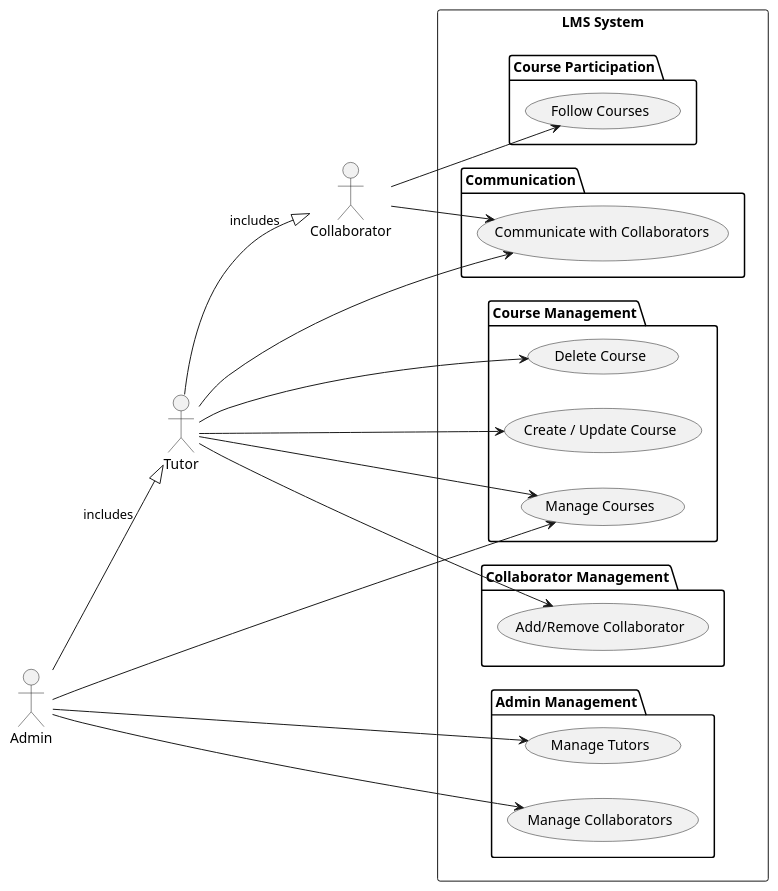
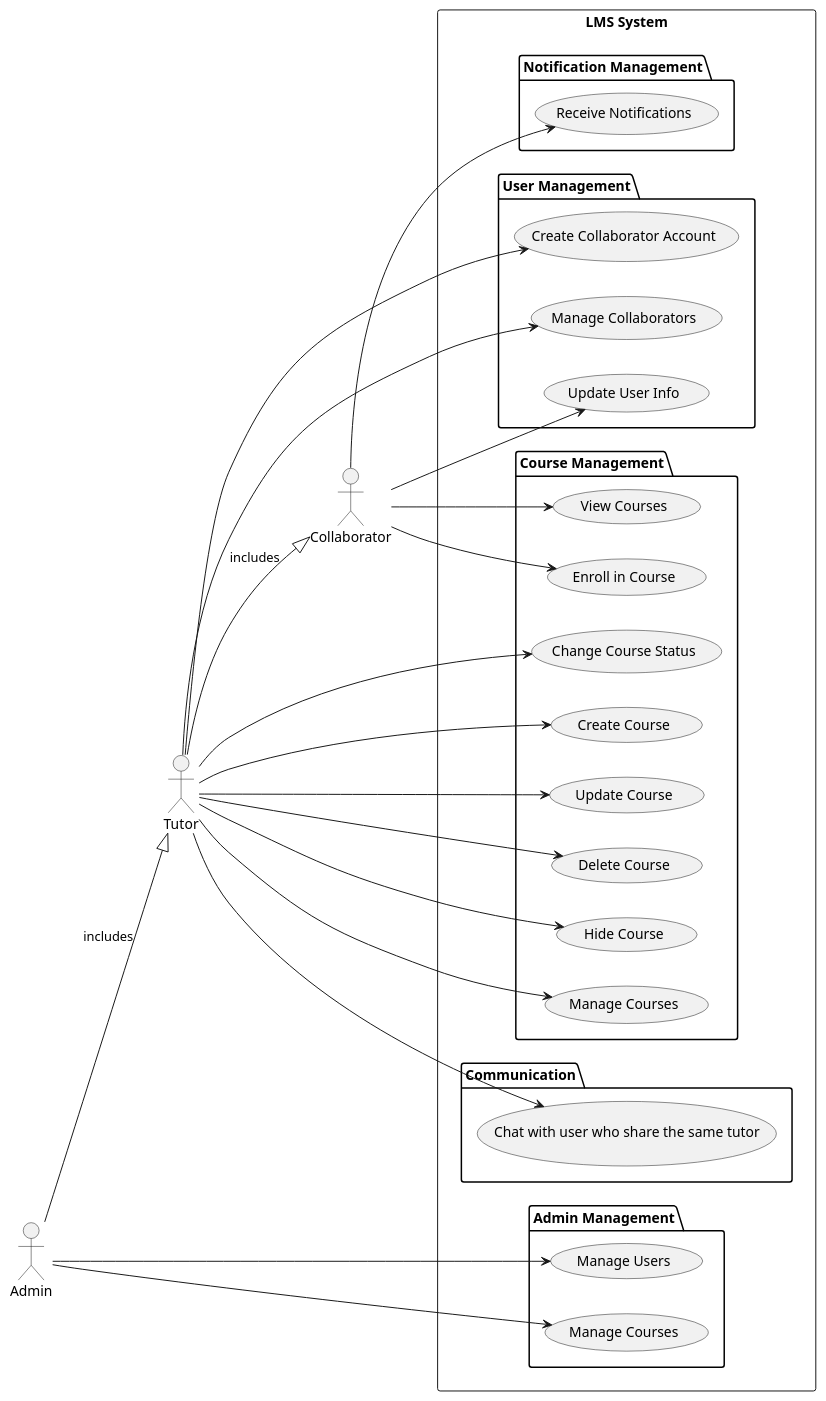
Before and after one commit to Davidben75/Elearn_api: the diagram in UML/usecase/usecase_diagram.pu, drawn with PlantUML. The commit also changed 5 other files, not shown here.

Commit message:
update class, erd, sequence and  usecase diagram

```diff
--- a/UML/usecase/usecase_diagram.pu
+++ b/UML/usecase/usecase_diagram.pu
@@ -1,50 +1,62 @@
 @startuml 'usecase diagram'
 left to right direction
 
 actor Collaborator
 actor Tutor
 actor Admin
 
 rectangle "LMS System" {
-    package "Course Management" {
-        usecase "Create / Update Course" as UC1
-        usecase "Delete Course" as UC2
-        usecase "Manage Courses" as UC9
+    package "User Management" {
+        usecase "Create Collaborator Account" as UC1
+        usecase "Manage Collaborators" as UC2
+        usecase "Update User Info" as UC3
     }
 
-    package "Collaborator Management" {
-        usecase "Add/Remove Collaborator" as UC3
+    package "Course Management" {
+        usecase "Create Course" as UC4
+        usecase "Update Course" as UC5
+        usecase "Delete Course" as UC6
+        usecase "Hide Course" as UC7
+        usecase "Manage Courses" as UC8
+        usecase "View Courses" as UC9
+        usecase "Enroll in Course" as UC10
+        usecase "Change Course Status" as UC11
     }
 
     package "Communication" {
-        usecase "Communicate with Collaborators" as UC4
-    }
-
-    package "Course Participation" {
-        usecase "Follow Courses" as UC6
+        usecase "Chat with user who share the same tutor" as UC12
     }
 
     package "Admin Management" {
-        usecase "Manage Tutors" as UC7
-        usecase "Manage Collaborators" as UC8
+        usecase "Manage Users" as UC13
+        usecase "Manage Courses" as UC14
+    }
+
+    package "Notification Management" {
+        usecase "Receive Notifications" as UC16
     }
 }
 
+Collaborator --> UC9
+Collaborator --> UC10
+Collaborator --> UC3
+Collaborator --> UC16
+
 Tutor --> UC1
 Tutor --> UC2
-Tutor --> UC3
 Tutor --> UC4
-Tutor --> UC9
+Tutor --> UC5
+Tutor --> UC6
+Tutor --> UC7
+Tutor --> UC8
+Tutor --> UC11
+Tutor --> UC12
 
-Collaborator --> UC6
-Collaborator --> UC4
 
-Admin --> UC7
-Admin --> UC8
-Admin --> UC9
-
+Admin --> UC13
+Admin --> UC14
 
 Tutor --|> Collaborator : includes
 Admin --|> Tutor :includes
 
 @enduml
```
